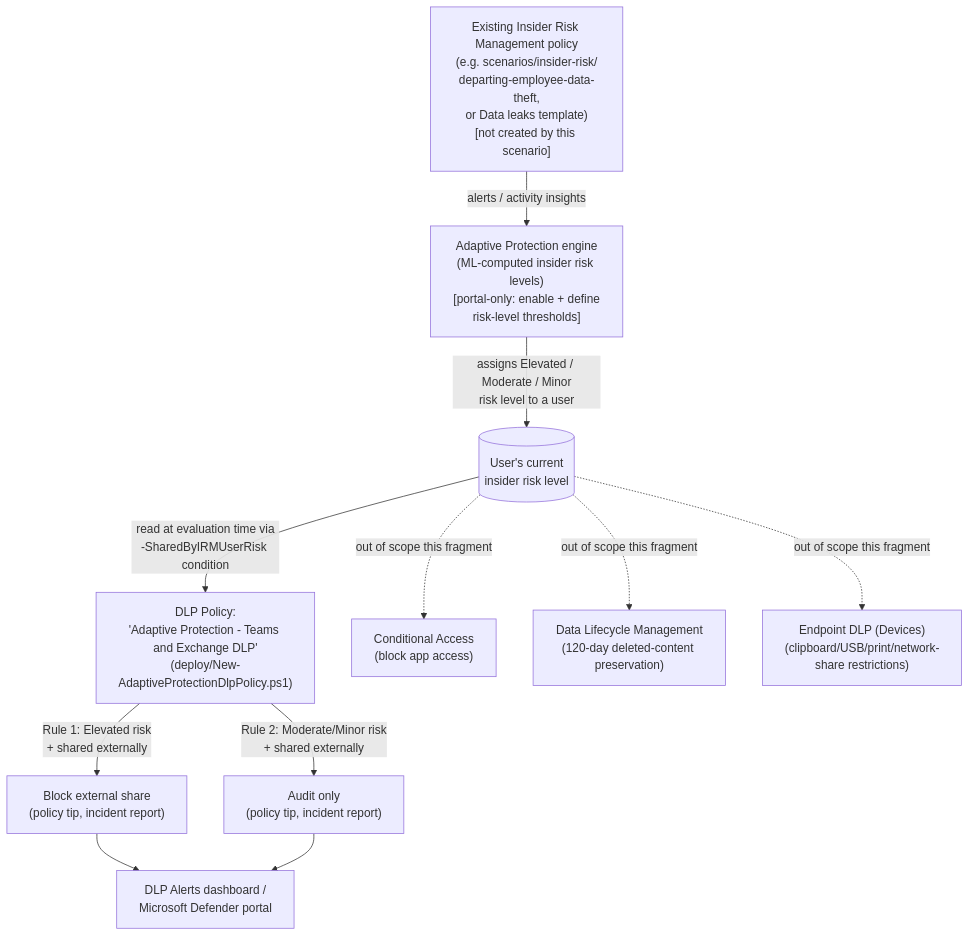
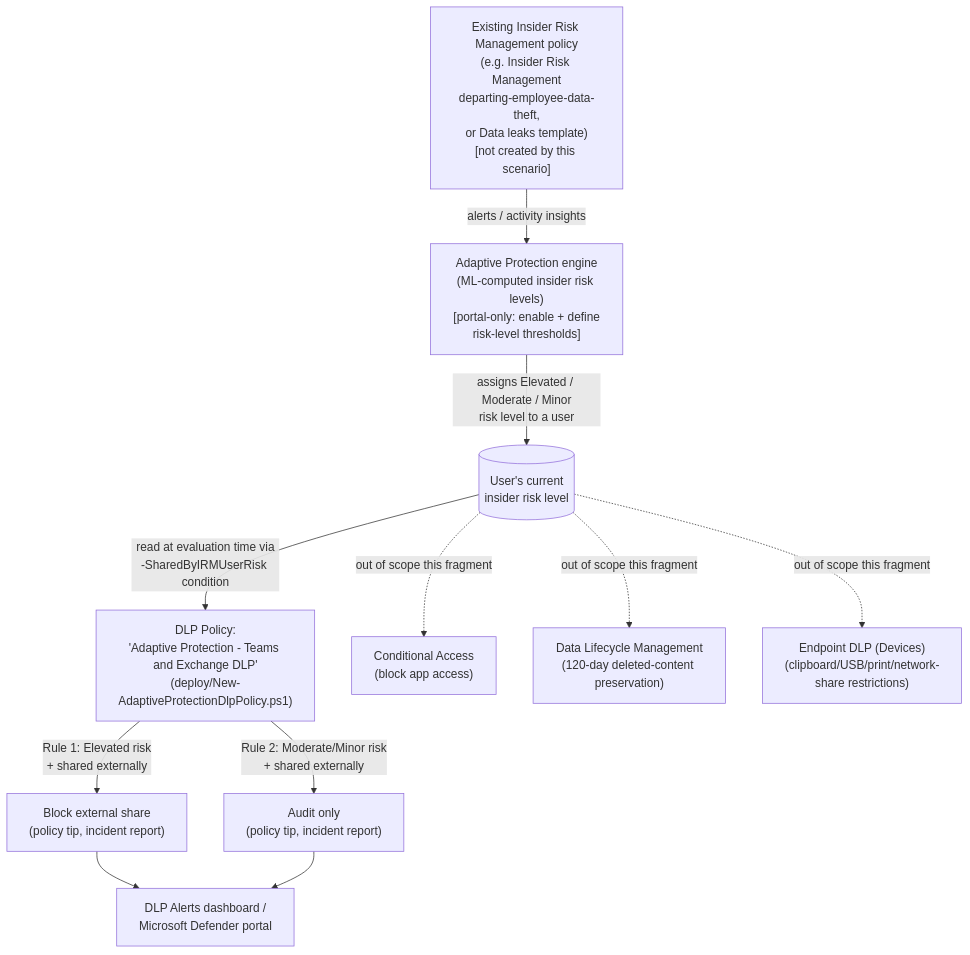
One commit to kpsec1/kpsec1.github.io changed the diagram in src/content/scenarios/adaptive-protection/dynamic-risk-dlp-enforcement.design.md. Above: the diagram before and after it, drawn with Mermaid. The commit also changed 269 other files, not shown here.

````diff
--- a/src/content/scenarios/adaptive-protection/dynamic-risk-dlp-enforcement.design.md
+++ b/src/content/scenarios/adaptive-protection/dynamic-risk-dlp-enforcement.design.md
@@ -81,13 +81,13 @@
 ```mermaid
 flowchart TD
-    IRM["Existing Insider Risk Management policy\n(e.g. scenarios/insider-risk/\ndeparting-employee-data-theft,\nor Data leaks template)\n[not created by this scenario]"] -->|alerts / activity insights| APEngine["Adaptive Protection engine\n(ML-computed insider risk levels)\n[portal-only: enable + define\nrisk-level thresholds]"]
+    IRM["Existing Insider Risk Management policy\n(e.g. Insider Risk Management\ndeparting-employee-data-theft,\nor Data leaks template)\n[not created by this scenario]"] -->|alerts / activity insights| APEngine["Adaptive Protection engine\n(ML-computed insider risk levels)\n[portal-only: enable + define\nrisk-level thresholds]"]
     APEngine -->|"assigns Elevated / Moderate / Minor\nrisk level to a user"| RiskLevel[("User's current\ninsider risk level")]
     RiskLevel -->|"read at evaluation time via\n-SharedByIRMUserRisk condition"| DlpPolicy["DLP Policy:\n'Adaptive Protection - Teams and Exchange DLP'\n(deploy/New-AdaptiveProtectionDlpPolicy.ps1)"]
     DlpPolicy -->|"Rule 1: Elevated risk\n+ shared externally"| Block["Block external share\n(policy tip, incident report)"]
     DlpPolicy -->|"Rule 2: Moderate/Minor risk\n+ shared externally"| Audit["Audit only\n(policy tip, incident report)"]
     Block --> Reports["DLP Alerts dashboard /\nMicrosoft Defender portal"]
     Audit --> Reports
     RiskLevel -.->|"out of scope this fragment"| CA["Conditional Access\n(block app access)"]
     RiskLevel -.->|"out of scope this fragment"| DLM["Data Lifecycle Management\n(120-day deleted-content preservation)"]
     RiskLevel -.->|"out of scope this fragment"| EDLP["Endpoint DLP (Devices)\n(clipboard/USB/print/network-share restrictions)"]
 ```
````
